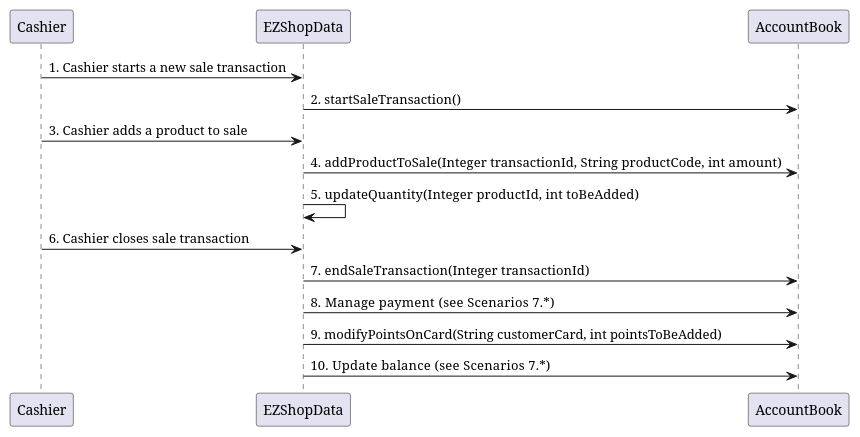
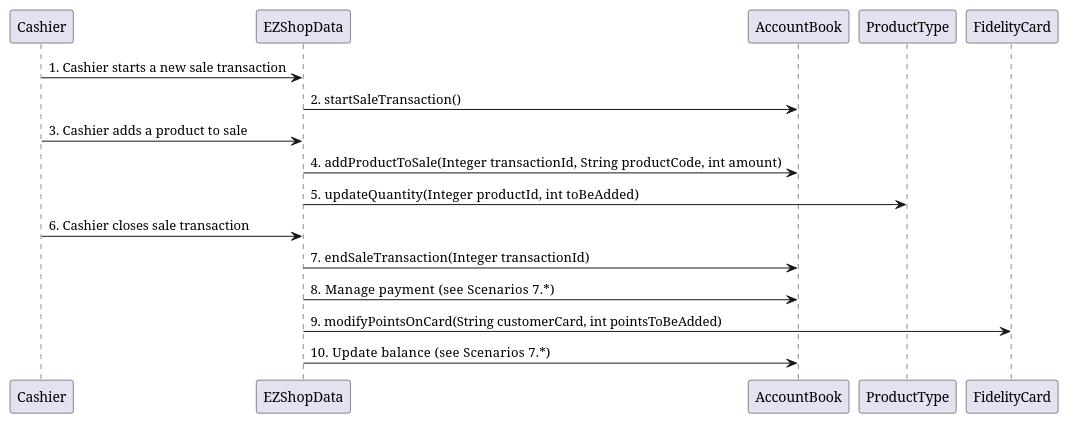
One commit to djemar/softeng_ezshop changed diagram 20 of 31 in Deliverables/DesignDocument.md. Above: the diagram before and after it, drawn with PlantUML. The commit also changed other lines of this file, not shown here.

Commit message:
sequence diagram

````diff
--- a/Deliverables/DesignDocument.md
+++ b/Deliverables/DesignDocument.md
@@ -440,13 +446,13 @@
 ```plantuml
 "Cashier" -> "EZShopData" : 1. Cashier starts a new sale transaction
 "EZShopData" -> "AccountBook" : 2.  startSaleTransaction()
 "Cashier" -> "EZShopData" : 3. Cashier adds a product to sale
 "EZShopData" -> "AccountBook" : 4.   addProductToSale(Integer transactionId, String productCode, int amount)
-"EZShopData" -> "EZShopData" : 5.   updateQuantity(Integer productId, int toBeAdded)
+"EZShopData" -> "ProductType" : 5.   updateQuantity(Integer productId, int toBeAdded)
 "Cashier" -> "EZShopData" : 6. Cashier closes sale transaction
 "EZShopData" -> "AccountBook" : 7.   endSaleTransaction(Integer transactionId)
 "EZShopData" -> "AccountBook" : 8.   Manage payment (see Scenarios 7.*)
-"EZShopData" -> "AccountBook" : 9. modifyPointsOnCard(String customerCard, int pointsToBeAdded)
+"EZShopData" -> "FidelityCard" : 9. modifyPointsOnCard(String customerCard, int pointsToBeAdded)
 "EZShopData" -> "AccountBook" : 10.   Update balance (see Scenarios 7.*)
 
 ```
````
